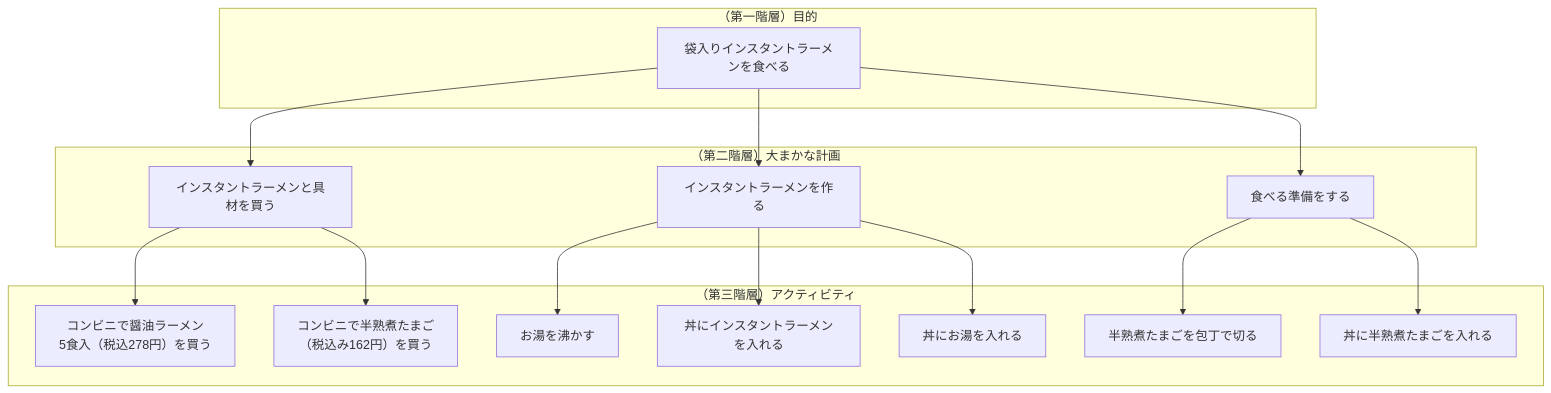
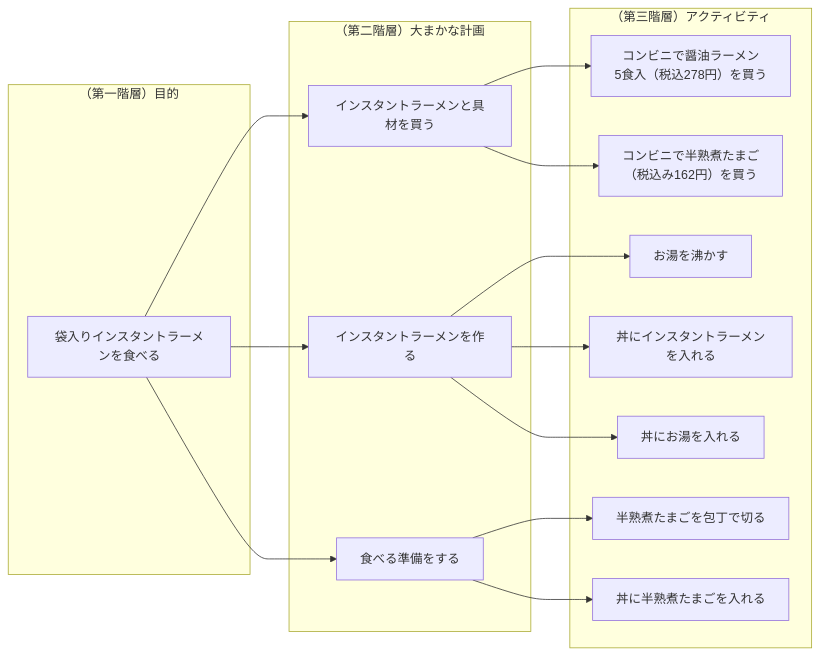
The diagram in WBS_1_3_wbs.md (eumura123/test), drawn with Mermaid before and after one commit.

Commit message:
修正

````diff
--- a/WBS_1_3_wbs.md
+++ b/WBS_1_3_wbs.md
@@ -1,26 +1,26 @@
 ```mermaid
-flowchart TB
+flowchart LR
     subgraph "（第一階層）目的"
     1[袋入りインスタントラーメンを食べる]
     end
     2[インスタントラーメンと具材を買う]
     3[インスタントラーメンを作る]
     4[食べる準備をする]
     5[コンビニで醤油ラーメン
      5食入（税込278円）を買う]
     6[コンビニで半熟煮たまご
     （税込み162円）を買う]
     7[お湯を沸かす]
     8[丼にインスタントラーメンを入れる]
     9[丼にお湯を入れる]
     10[半熟煮たまごを包丁で切る]
     11[丼に半熟煮たまごを入れる]
     subgraph "（第二階層）大まかな計画"
     1-->2 & 3 & 4
     end
     subgraph "（第三階層）アクティビティ"
     2-->5 & 6
     3-->7 & 8 & 9
     4-->10 & 11
     end
 ```
````
